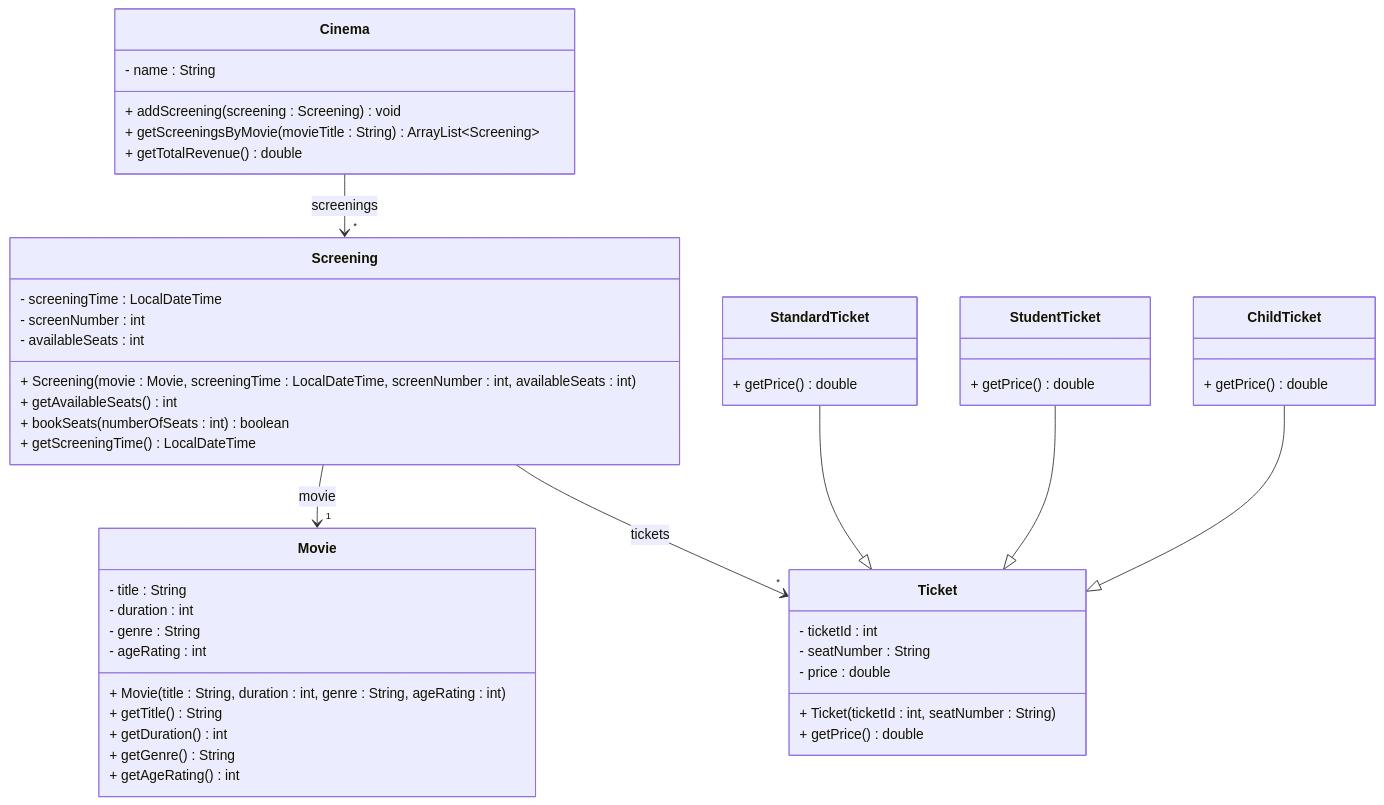
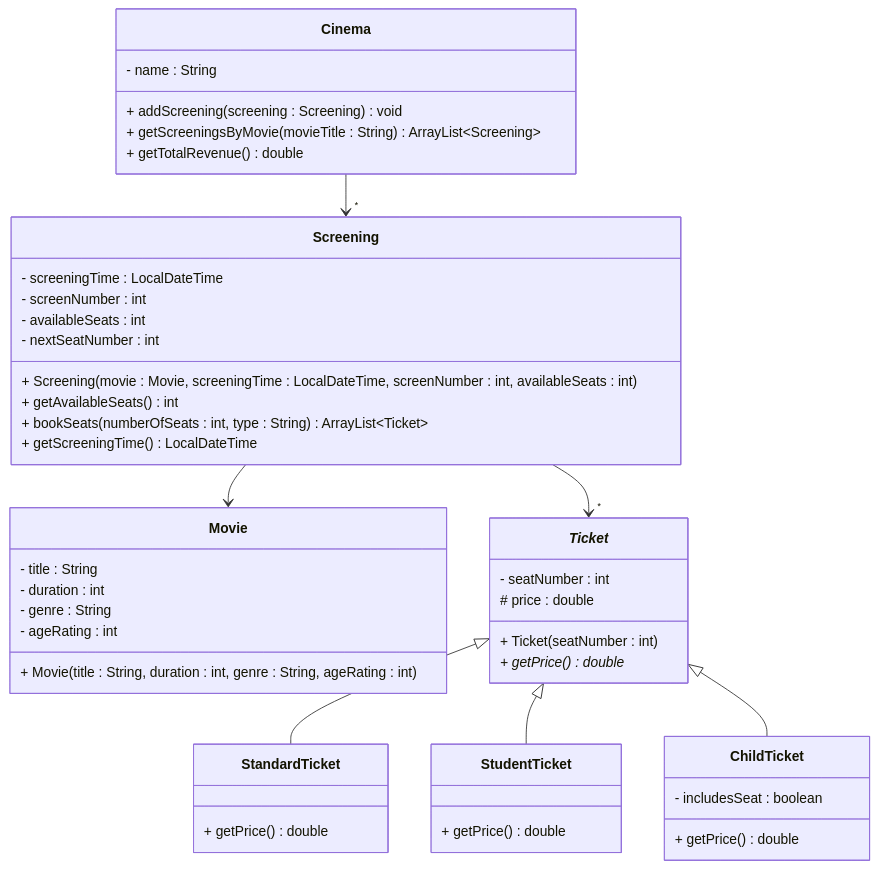
The diagram in Articles/Session 24 - Exam/011 Exercise 10 - Cinema Booking.md (TroelsMortensen/Codelabs2), drawn with Mermaid before and after one commit. The commit also changed other lines of this file and 8 other files, not shown here.

````diff
--- a/Articles/Session 24 - Exam/011 Exercise 10 - Cinema Booking.md
+++ b/Articles/Session 24 - Exam/011 Exercise 10 - Cinema Booking.md
@@ -5,58 +5,55 @@
 ```mermaid
 classDiagram
     class Cinema {
         - name : String
         + addScreening(screening : Screening) void
         + getScreeningsByMovie(movieTitle : String) ArrayList~Screening~
         + getTotalRevenue() double
     }
     
     class Movie {
         - title : String
         - duration : int
         - genre : String
         - ageRating : int
         + Movie(title : String, duration : int, genre : String, ageRating : int)
-        + getTitle() String
-        + getDuration() int
-        + getGenre() String
-        + getAgeRating() int
     }
     
     class Screening {
         - screeningTime : LocalDateTime
         - screenNumber : int
         - availableSeats : int
+        - nextSeatNumber : int
         + Screening(movie : Movie, screeningTime : LocalDateTime, screenNumber : int, availableSeats : int)
         + getAvailableSeats() int
-        + bookSeats(numberOfSeats : int) boolean
+        + bookSeats(numberOfSeats : int, type : String) ArrayList~Ticket~
         + getScreeningTime() LocalDateTime
     }
     
-    class Ticket {
-        - ticketId : int
-        - seatNumber : String
-        - price : double
-        + Ticket(ticketId : int, seatNumber : String)
-        + getPrice() double
+    class _Ticket_ {
+        - seatNumber : int
+        # price : double
+        + Ticket(seatNumber : int)
+        + getPrice()* double
     }
     
     class StandardTicket {
         + getPrice() double
     }
     
     class StudentTicket {
         + getPrice() double
     }
     
     class ChildTicket {
+        - includesSeat : boolean
         + getPrice() double
     }
     
-    Cinema --> "*" Screening : screenings
-    Screening --> "1" Movie : movie
-    Screening --> "*" Ticket : tickets
-    StandardTicket --|> Ticket
-    StudentTicket --|> Ticket
-    ChildTicket --|> Ticket
+    Cinema --> "*" Screening 
+    Screening --> Movie 
+    Screening --> "*" _Ticket_ 
+    _Ticket_ <|-- StandardTicket
+    _Ticket_ <|-- StudentTicket
+    _Ticket_ <|-- ChildTicket
 ```
````
